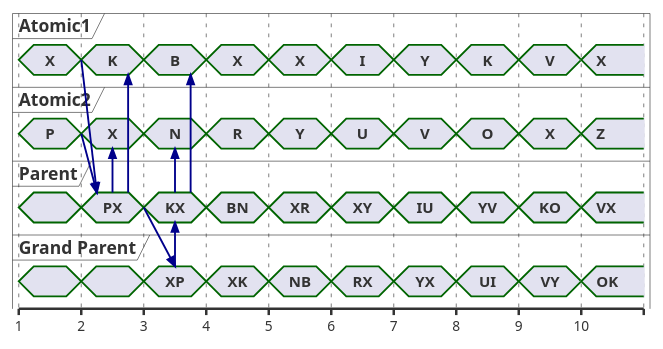
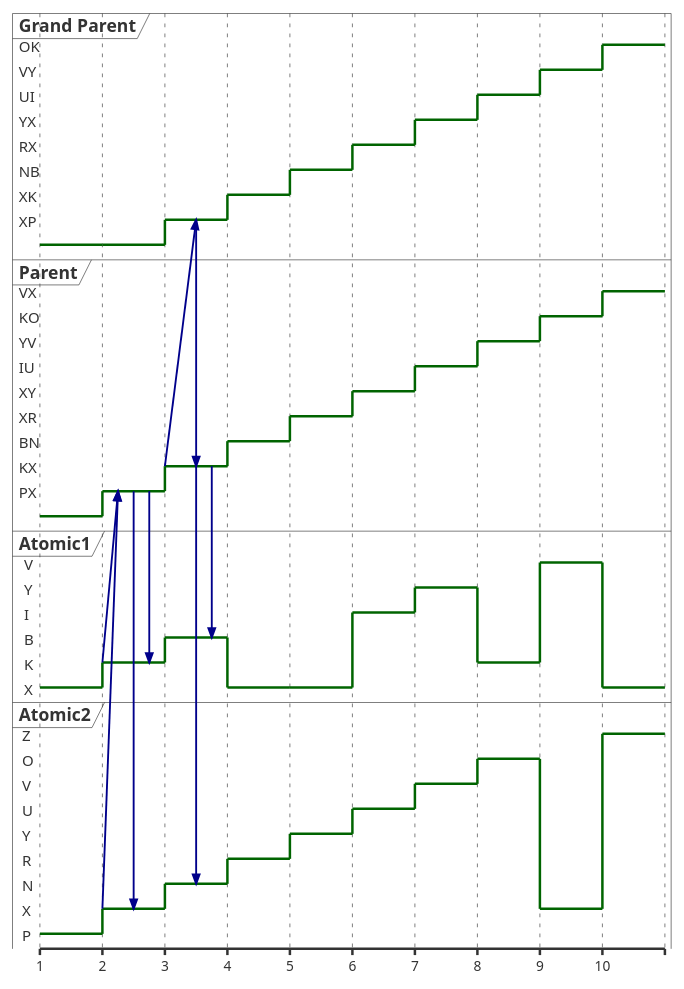
One commit to dioh/eb-devs-models changed the diagram in multi_level_model/graph.puml. Above: the diagram before and after it, drawn with PlantUML. The commit also changed 1 other file, not shown here.

```diff
--- a/multi_level_model/graph.puml
+++ b/multi_level_model/graph.puml
@@ -1,101 +1,100 @@
 @startuml
-concise "Atomic1" as Atomic1
-concise "Atomic2" as Atomic2
-
-concise "Parent" as PMS
-concise "Grand Parent" as GPMS
+robust "Grand Parent" as GPMS
+robust "Parent" as PMS
+robust "Atomic1" as Atomic1
+robust "Atomic2" as Atomic2
 
 
 @1
 Atomic1 is X
 PMS is ""
 GPMS is ""
 Atomic2 is P
 PMS is ""
 GPMS is ""
 
 @2
 Atomic1 is K
 PMS is PX
 GPMS is ""
 Atomic2 is X
 PMS is PX
 GPMS is ""
 
 Atomic1 -> PMS@2.25
 Atomic2 -> PMS@2.25
 
 PMS@2.5 -> Atomic2@2.5
 PMS@2.75 -> Atomic1@2.75
 
 @3
 Atomic1 is B
 PMS is KX
 GPMS is XP
 Atomic2 is N
 PMS is KX
 GPMS is XP
 
 PMS -> GPMS@3.5
 GPMS@3.5 -> PMS@3.5
 
 PMS@3.5 -> Atomic2@3.5
 PMS@3.75 -> Atomic1@3.75
 
 @4
 Atomic1 is X
 PMS is BN
 GPMS is XK
 Atomic2 is R
 PMS is BN
 GPMS is XK
 
 @5
 Atomic1 is X
 PMS is XR
 GPMS is NB
 Atomic2 is Y
 PMS is XR
 GPMS is NB
 
 @6
 Atomic1 is I
 PMS is XY
 GPMS is RX
 Atomic2 is U
 PMS is XY
 GPMS is RX
 
 @7
 Atomic1 is Y
 PMS is IU
 GPMS is YX
 Atomic2 is V
 PMS is IU
 GPMS is YX
 
 @8
 Atomic1 is K
 PMS is YV
 GPMS is UI
 Atomic2 is O
 PMS is YV
 GPMS is UI
 
 @9
 Atomic1 is V
 PMS is KO
 GPMS is VY
 Atomic2 is X
 PMS is KO
 GPMS is VY
 
 @10
 Atomic1 is X
 PMS is VX
 GPMS is OK
 Atomic2 is Z
 PMS is VX
 GPMS is OK
 
 @enduml
```
